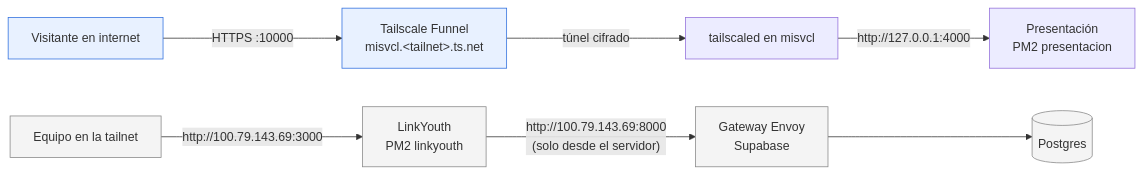
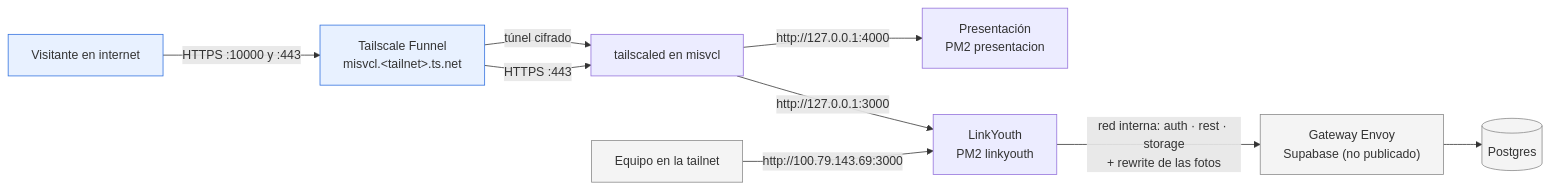
One commit to JuanSantos6/LinkYouth changed the first of 2 diagrams in docs/publicacion-y-seguridad.md. Above: the diagram before and after it, drawn with Mermaid. The commit also changed other lines of this file, not shown here.

````diff
--- a/docs/publicacion-y-seguridad.md
+++ b/docs/publicacion-y-seguridad.md
@@ -74,15 +81,17 @@
 ```mermaid
 flowchart LR
-  V["Visitante en internet"] -->|"HTTPS :10000"| F["Tailscale Funnel<br/>misvcl.&lt;tailnet&gt;.ts.net"]
+  V["Visitante en internet"] -->|"HTTPS :10000 y :443"| F["Tailscale Funnel<br/>misvcl.&lt;tailnet&gt;.ts.net"]
   F -->|"túnel cifrado"| TS["tailscaled en misvcl"]
   TS -->|"http://127.0.0.1:4000"| P["Presentación<br/>PM2 presentacion"]
 
-  E["Equipo en la tailnet"] -->|"http://100.79.143.69:3000"| A["LinkYouth<br/>PM2 linkyouth"]
-  A -->|"http://100.79.143.69:8000<br/>(solo desde el servidor)"| G["Gateway Envoy<br/>Supabase"]
+  F -->|"HTTPS :443"| TS
+  TS -->|"http://127.0.0.1:3000"| A["LinkYouth<br/>PM2 linkyouth"]
+  E["Equipo en la tailnet"] -->|"http://100.79.143.69:3000"| A
+  A -->|"red interna: auth · rest · storage<br/>+ rewrite de las fotos"| G["Gateway Envoy<br/>Supabase (no publicado)"]
   G --> DB[("Postgres")]
 
   classDef pub fill:#e8f1ff,stroke:#2f6fde
   classDef priv fill:#f4f4f4,stroke:#888
   class V,F pub
-  class A,G,DB,E priv
+  class G,DB,E priv
 ```
````
